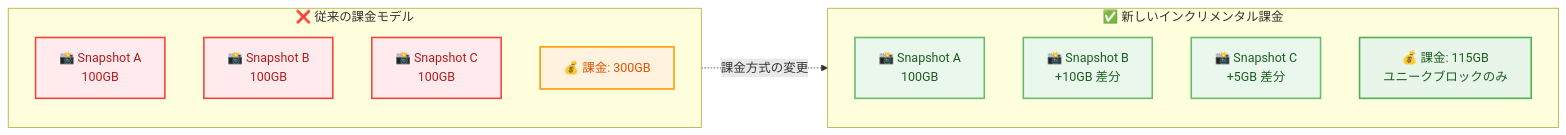
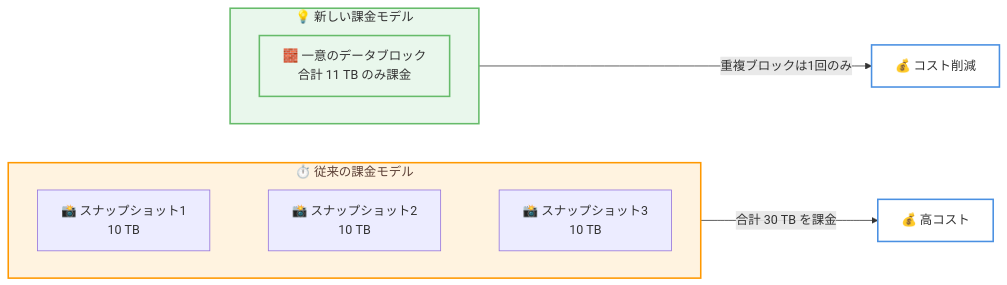
The diagram in reports/2026/2026-06-08-amazon-redshift-incremental-manual-snapshots.md (takech9203/aws-news-summary), drawn with Mermaid before and after one commit. The commit also changed other lines of this file and 28 other files, not shown here.

````diff
--- a/reports/2026/2026-06-08-amazon-redshift-incremental-manual-snapshots.md
+++ b/reports/2026/2026-06-08-amazon-redshift-incremental-manual-snapshots.md
@@ -31,30 +32,26 @@
 ```mermaid
 flowchart LR
-    subgraph Before["❌ 従来の課金モデル"]
-        direction TB
-        S1B["📸 Snapshot A<br/>100GB"]
-        S2B["📸 Snapshot B<br/>100GB"]
-        S3B["📸 Snapshot C<br/>100GB"]
-        BillB["💰 課金: 300GB"]
+    subgraph Old["⏱️ 従来の課金モデル"]
+        direction LR
+        OS1["📸 スナップショット1<br/>10 TB"]
+        OS2["📸 スナップショット2<br/>10 TB"]
+        OS3["📸 スナップショット3<br/>10 TB"]
+        OS1 ~~~ OS2 ~~~ OS3
     end
 
-    subgraph After["✅ 新しいインクリメンタル課金"]
-        direction TB
-        S1A["📸 Snapshot A<br/>100GB"]
-        S2A["📸 Snapshot B<br/>+10GB 差分"]
-        S3A["📸 Snapshot C<br/>+5GB 差分"]
-        BillA["💰 課金: 115GB<br/>ユニークブロックのみ"]
+    subgraph New["💡 新しい課金モデル"]
+        direction LR
+        Unique["🧱 一意のデータブロック<br/>合計 11 TB のみ課金"]
     end
 
-    Before -.->|"課金方式の変更"| After
+    Old -->|"合計 30 TB を課金"| Bill1["💰 高コスト"]
+    New -->|"重複ブロックは1回のみ"| Bill2["💰 コスト削減"]
 
-    classDef before fill:#FFEBEE,stroke:#F44336,stroke-width:2px,color:#B71C1C
-    classDef after fill:#E9F7EC,stroke:#66BB6A,stroke-width:2px,color:#1B5E20
-    classDef bill fill:#FFF3E0,stroke:#FF9800,stroke-width:2px,color:#E65100
-    classDef billGood fill:#E8F5E9,stroke:#4CAF50,stroke-width:2px,color:#1B5E20
+    classDef warn fill:#FFF3E0,stroke:#FF9800,stroke-width:2px,color:#5D4037
+    classDef input fill:#E9F7EC,stroke:#66BB6A,stroke-width:2px,color:#333333
+    classDef process fill:#FFFFFF,stroke:#4A90E2,stroke-width:2px,color:#333333
 
-    class S1B,S2B,S3B before
-    class S1A,S2A,S3A after
-    class BillB bill
-    class BillA billGood
+    class Old warn
+    class New,Unique input
+    class Bill1,Bill2 process
 ```
````
